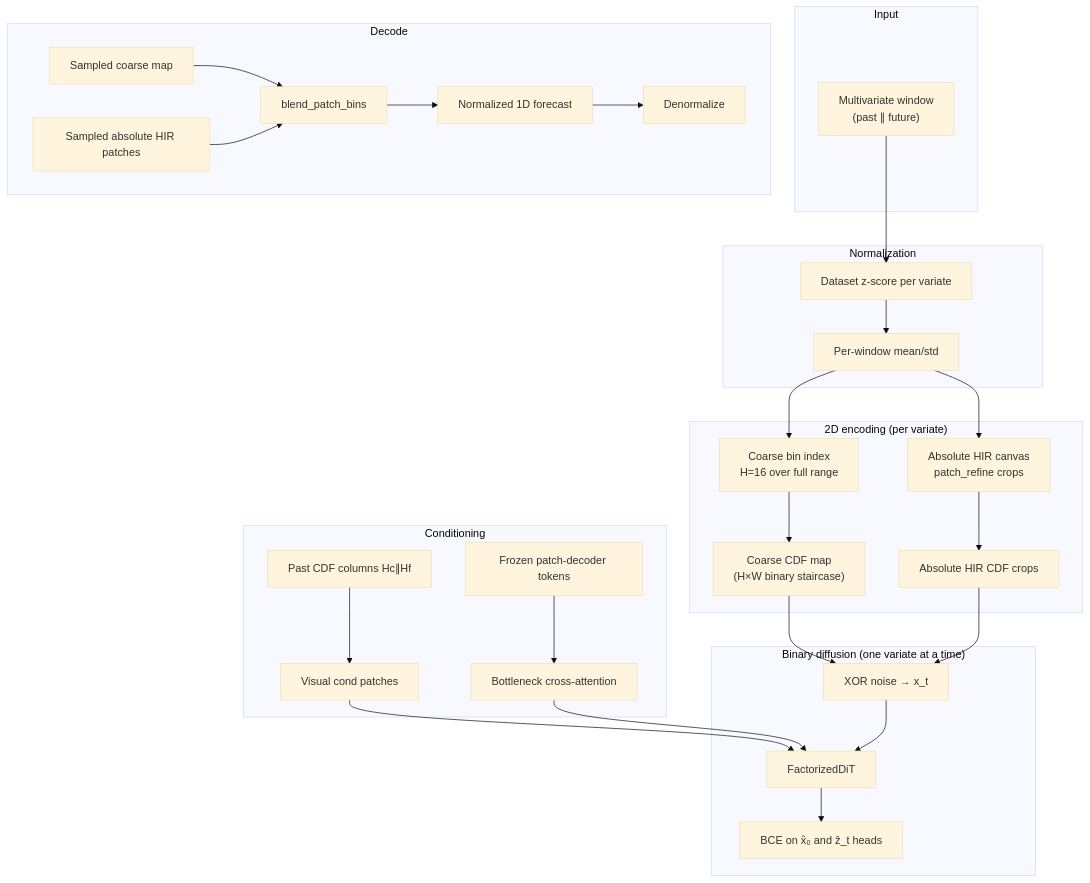
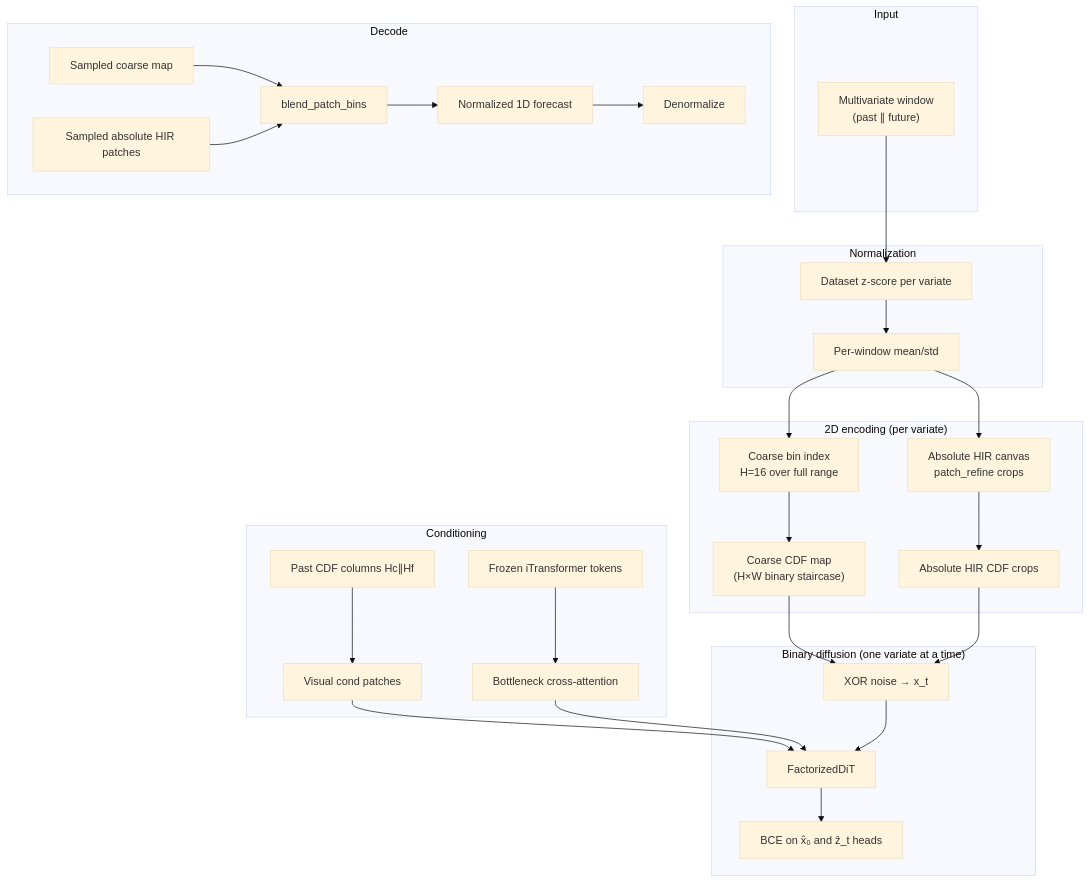
One commit to CalvinKCao/ts-sandbox changed the second of 2 diagrams in architecture.md. Above: the diagram before and after it, drawn with Mermaid (base theme). The commit also changed other lines of this file and 40 other files, not shown here.

````diff
--- a/architecture.md
+++ b/architecture.md
@@ -61,40 +61,40 @@
 ```mermaid
 flowchart TB
     subgraph Input
         TS["Multivariate window<br/>(past ∥ future)"]
     end
 
     subgraph Norm["Normalization"]
         DS[Dataset z-score per variate]
         WN[Per-window mean/std]
         TS --> DS --> WN
     end
 
     subgraph Encode["2D encoding (per variate)"]
         WN --> CB[Coarse bin index<br/>H=16 over full range]
         WN --> FB[Absolute HIR canvas<br/>patch_refine crops]
         CB --> CM["Coarse CDF map<br/>(H×W binary staircase)"]
         FB --> FM["Absolute HIR CDF crops"]
     end
 
     subgraph Cond["Conditioning"]
         PM[Past CDF columns Hc∥Hf] --> COND[Visual cond patches]
-        GD[Frozen patch-decoder tokens] --> XATTN[Bottleneck cross-attention]
+        GD[Frozen iTransformer tokens] --> XATTN[Bottleneck cross-attention]
     end
 
     subgraph Diff["Binary diffusion (one variate at a time)"]
         CM --> XD["XOR noise → x_t"]
         FM --> XD
         COND --> DiT[FactorizedDiT]
         XATTN --> DiT
         XD --> DiT
         DiT --> OUT["BCE on x̂₀ and ẑ_t heads"]
     end
 
     subgraph Decode["Decode"]
         SC[Sampled coarse map] --> DD[blend_patch_bins]
         SF[Sampled absolute HIR patches] --> DD
         DD --> VAL[Normalized 1D forecast]
         VAL --> DN[Denormalize]
     end
 ```
````
